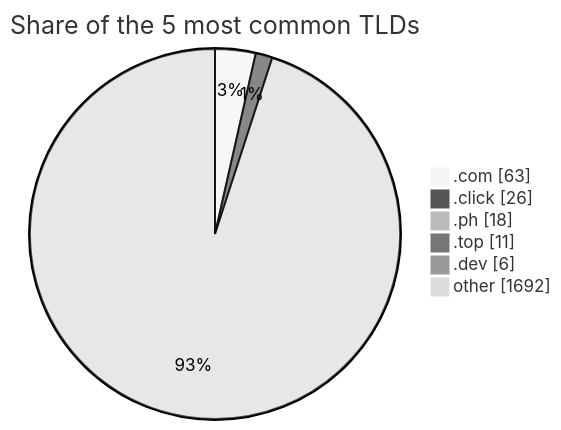
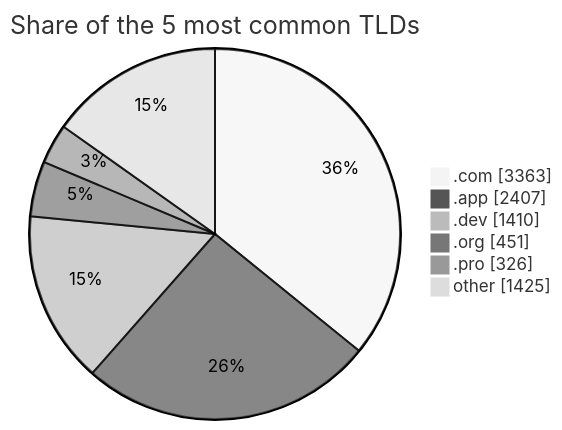
One commit to DNSBunker/CTI changed the second of 2 diagrams in README.md. Above: the diagram before and after it, drawn with Mermaid (neutral theme). The commit also changed other lines of this file and 3 other files, not shown here.

````diff
--- a/README.md
+++ b/README.md
@@ -72,9 +72,9 @@
 ```mermaid
 pie showData title Share of the 5 most common TLDs
-    ".com" : 63
-    ".click" : 26
-    ".ph" : 18
-    ".top" : 11
-    ".dev" : 6
-    "other" : 1692
+    ".com" : 3363
+    ".app" : 2407
+    ".dev" : 1410
+    ".org" : 451
+    ".pro" : 326
+    "other" : 1425
 ```
````
